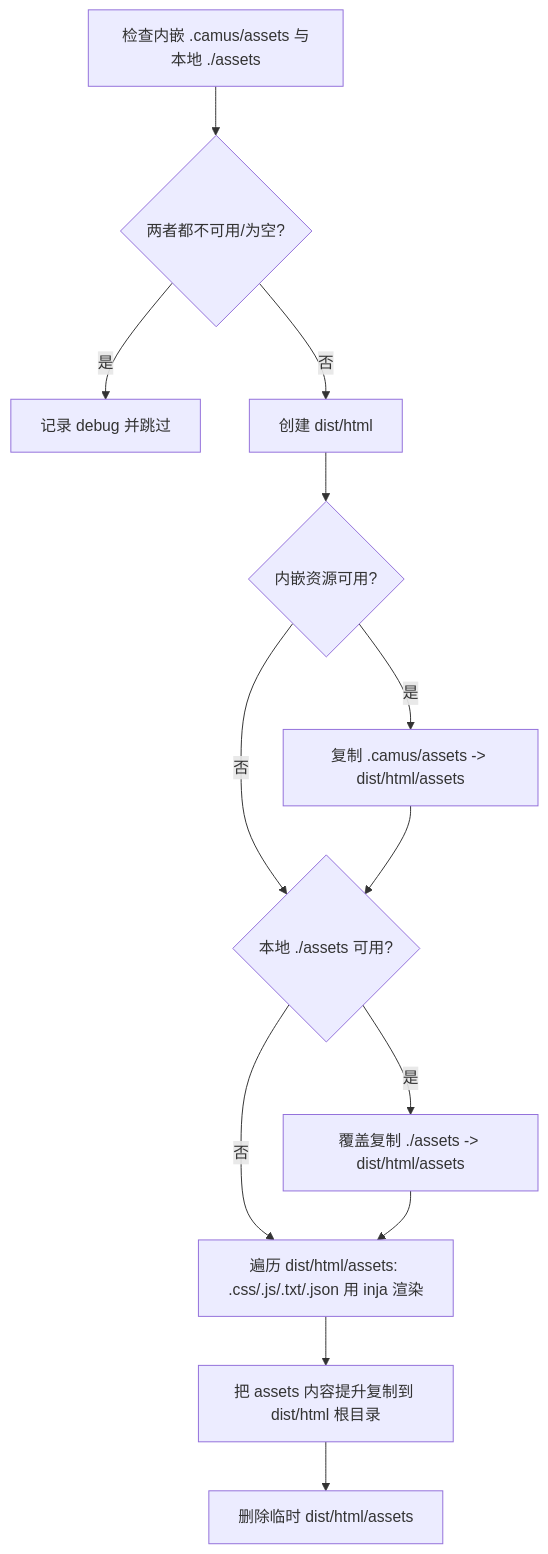
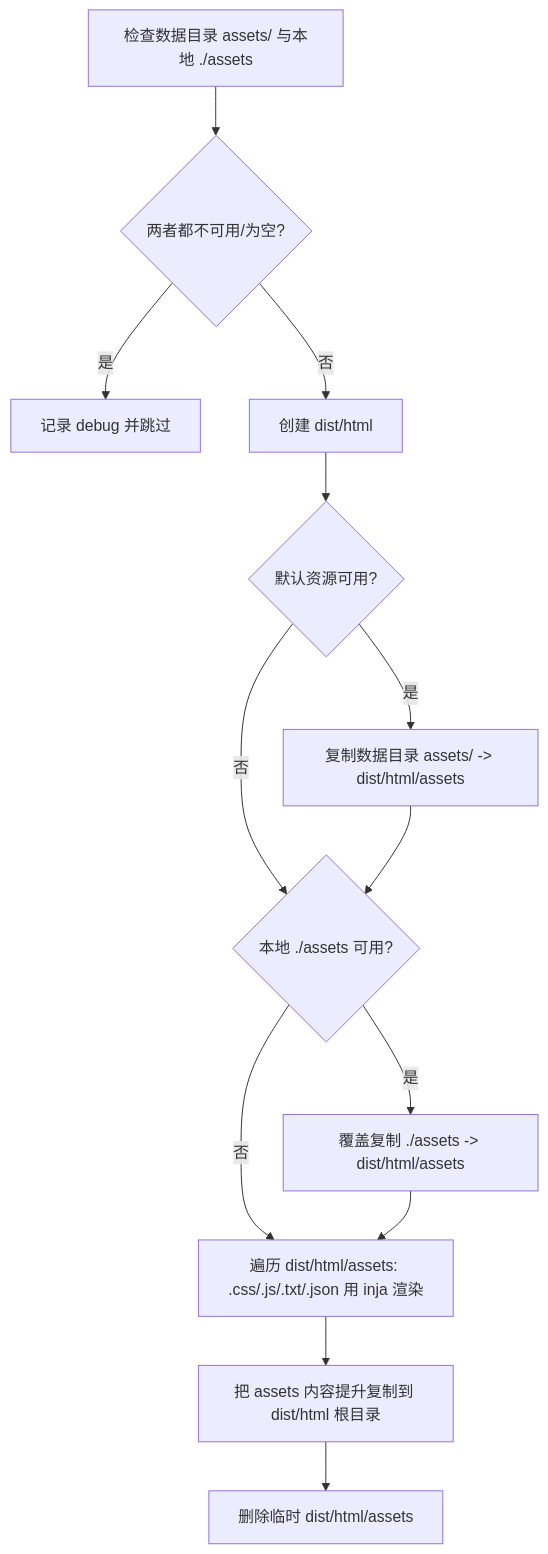
One commit to o8x/camus changed the first of 2 diagrams in docs/prd/06-output.md. Above: the diagram before and after it, drawn with Mermaid. The commit also changed other lines of this file and 21 other files, not shown here.

````diff
--- a/docs/prd/06-output.md
+++ b/docs/prd/06-output.md
@@ -135,15 +135,15 @@
 ```mermaid
 flowchart TD
-    A[检查内嵌 .camus/assets 与本地 ./assets] --> B{两者都不可用/为空?}
+    A[检查数据目录 assets/ 与本地 ./assets] --> B{两者都不可用/为空?}
     B -->|是| Z[记录 debug 并跳过]
     B -->|否| C[创建 dist/html]
-    C --> D{内嵌资源可用?}
-    D -->|是| E[复制 .camus/assets -> dist/html/assets]
+    C --> D{默认资源可用?}
+    D -->|是| E[复制数据目录 assets/ -> dist/html/assets]
     D -->|否| F
     E --> F{本地 ./assets 可用?}
     F -->|是| G[覆盖复制 ./assets -> dist/html/assets]
     F -->|否| H
     G --> H[遍历 dist/html/assets: .css/.js/.txt/.json 用 inja 渲染]
     H --> I[把 assets 内容提升复制到 dist/html 根目录]
     I --> J[删除临时 dist/html/assets]
 ```
````
